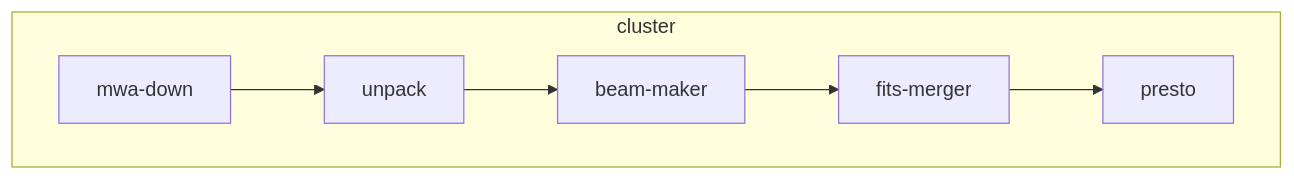
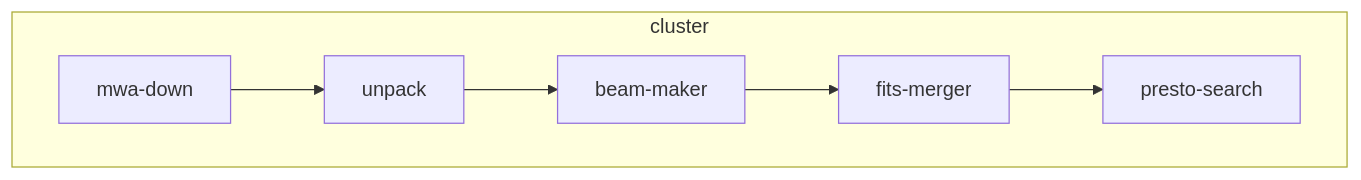
Before and after one commit to kaichao/app-mwa: the first of 4 diagrams in README.md, drawn with Mermaid. The commit also changed other lines of this file, not shown here.

````diff
--- a/README.md
+++ b/README.md
@@ -8,9 +8,9 @@
 ```mermaid
 flowchart TD
   subgraph cluster
     mwa-down --> unpack
     unpack --> beam-maker
     beam-maker --> fits-merger
-    fits-merger --> presto
+    fits-merger --> presto-search
   end
 ```
````
